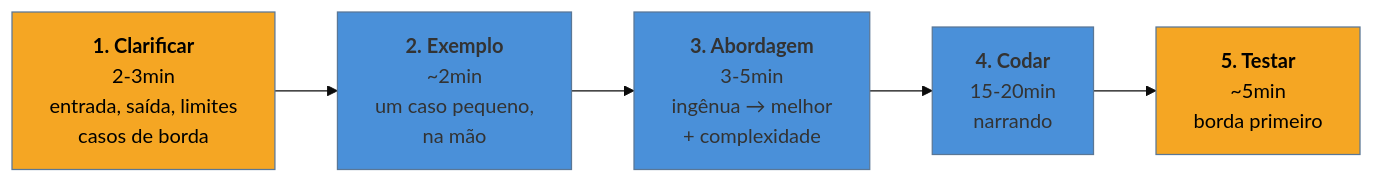
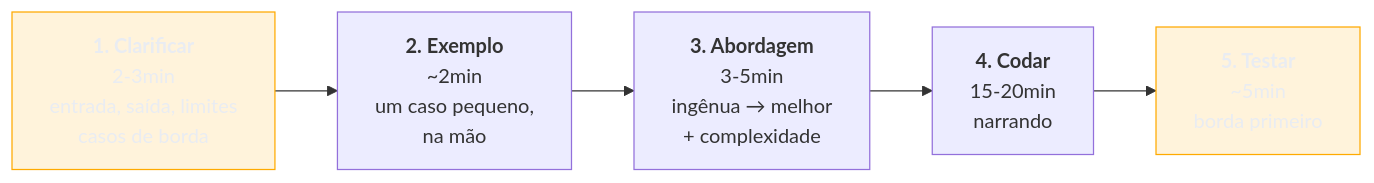
The diagram in 03-Dominios/Carreira/Entrevistas/08 - A entrevista técnica - os três formatos.md (josenaldo/codex-technomanticus), drawn with Mermaid before and after one commit. The commit also changed 1181 other files, not shown here.

First line of the commit message:
fix(diagramas): paleta do sistema no lugar de cor cravada no markdown

````diff
--- a/03-Dominios/Carreira/Entrevistas/08 - A entrevista técnica - os três formatos.md
+++ b/03-Dominios/Carreira/Entrevistas/08 - A entrevista técnica - os três formatos.md
@@ -37,11 +37,11 @@
 ```mermaid
-%%{init: {"theme": "base", "themeVariables": {"primaryColor": "#4A90D9"}}}%%
 graph LR
+    classDef destaque fill:#FFAA0024,stroke:#FFAA00,color:#E9ECF2
     A["<b>1. Clarificar</b><br/>2-3min<br/>entrada, saída, limites<br/>casos de borda"] --> B["<b>2. Exemplo</b><br/>~2min<br/>um caso pequeno,<br/>na mão"]
     B --> C["<b>3. Abordagem</b><br/>3-5min<br/>ingênua → melhor<br/>+ complexidade"]
     C --> D["<b>4. Codar</b><br/>15-20min<br/>narrando"]
     D --> E["<b>5. Testar</b><br/>~5min<br/>borda primeiro"]
 
-    style A fill:#F5A623,color:#000
-    style E fill:#F5A623,color:#000
+    class A destaque
+    class E destaque
 ```
````
